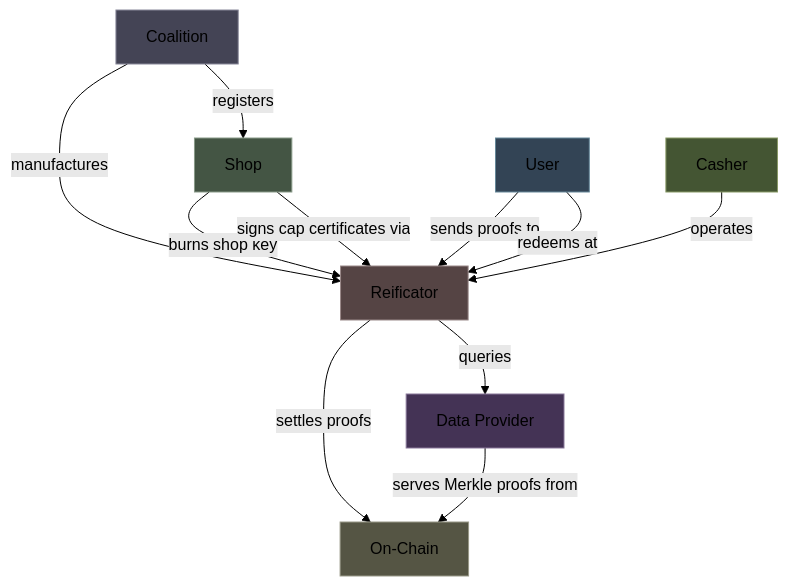
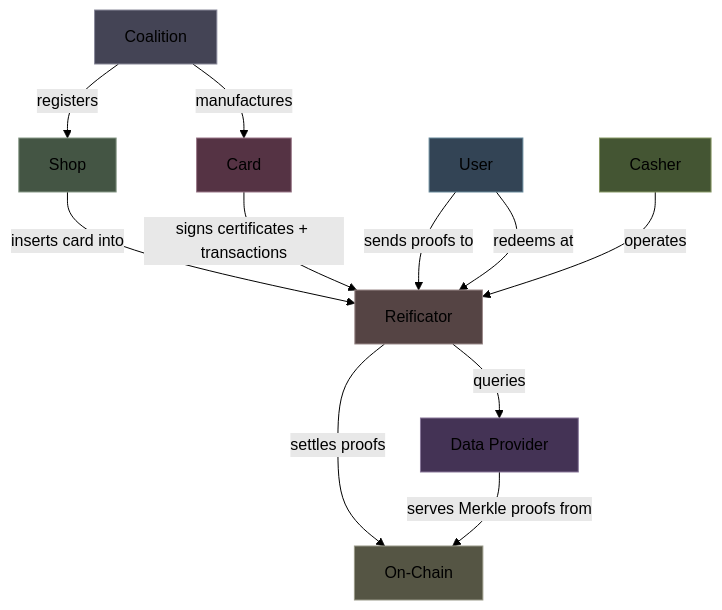
The first of 4 diagrams in docs/protocol/actors.md (lambdasistemi/harvest), drawn with Mermaid (forest theme) before and after one commit. The commit also changed other lines of this file and 9 other files, not shown here.

````diff
--- a/docs/protocol/actors.md
+++ b/docs/protocol/actors.md
@@ -5,21 +5,22 @@
 ```mermaid
 graph TD
-    CO[Coalition] -->|manufactures| R[Reificator]
+    CO[Coalition] -->|manufactures| CD[Card]
     CO -->|registers| S[Shop]
-    S -->|burns shop key| R
-    S -->|signs cap certificates via| R
+    S -->|inserts card into| R[Reificator]
+    CD -->|signs certificates + transactions| R
     R -->|settles proofs| L1[On-Chain]
     R -->|queries| DP[Data Provider]
     U[User] -->|sends proofs to| R
     U -->|redeems at| R
     C[Casher] -->|operates| R
     DP -->|serves Merkle proofs from| L1
 
     style CO fill:#445,stroke:#889
     style S fill:#454,stroke:#898
+    style CD fill:#534,stroke:#978
     style R fill:#544,stroke:#988
     style U fill:#345,stroke:#689
     style C fill:#453,stroke:#896
     style DP fill:#435,stroke:#879
     style L1 fill:#554,stroke:#998
 ```
````
